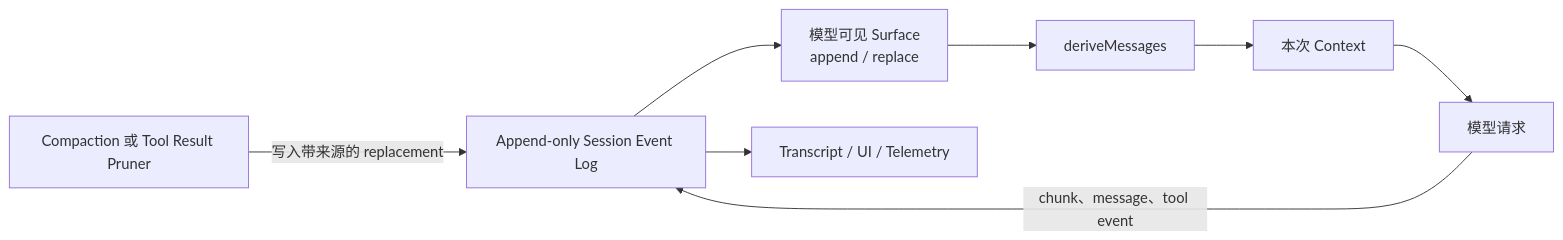
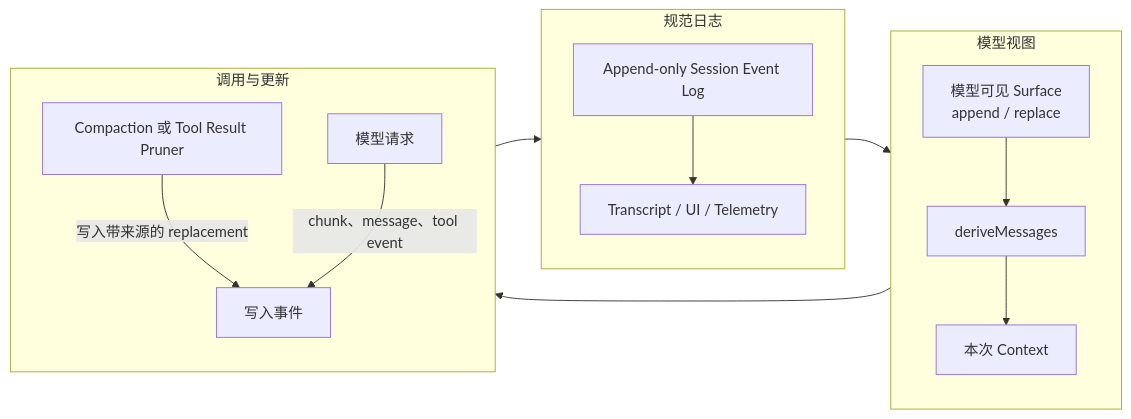
The second of 3 diagrams in docs/harness-survey/27_deepseek_harness.md (specialpointcentral/harness), drawn with Mermaid before and after one commit. The commit also changed other lines of this file and 18 other files, not shown here.

First line of the commit message:
docs: improve diagram layouts and tidy supporting files

````diff
--- a/docs/harness-survey/27_deepseek_harness.md
+++ b/docs/harness-survey/27_deepseek_harness.md
@@ -76,15 +84,24 @@
 ```mermaid
 flowchart LR
-  E[Append-only Session Event Log]
-  S[模型可见 Surface<br/>append / replace]
-  D[deriveMessages]
-  C[本次 Context]
-  M[模型请求]
-  R[Transcript / UI / Telemetry]
-  K[Compaction 或 Tool Result Pruner]
-
+  subgraph LOG[规范日志]
+    direction TB
+    E[Append-only Session Event Log]
+    R[Transcript / UI / Telemetry]
+  end
+  subgraph VIEW[模型视图]
+    direction TB
+    S[模型可见 Surface<br/>append / replace]
+    D[deriveMessages]
+    C[本次 Context]
+  end
+  subgraph RUN[调用与更新]
+    direction TB
+    M[模型请求]
+    K[Compaction 或 Tool Result Pruner]
+    N[写入事件]
+  end
   E --> S --> D --> C --> M
   E --> R
-  K -->|写入带来源的 replacement| E
-  M -->|chunk、message、tool event| E
+  K -->|写入带来源的 replacement| N --> E
+  M -->|chunk、message、tool event| N
 ```
````
